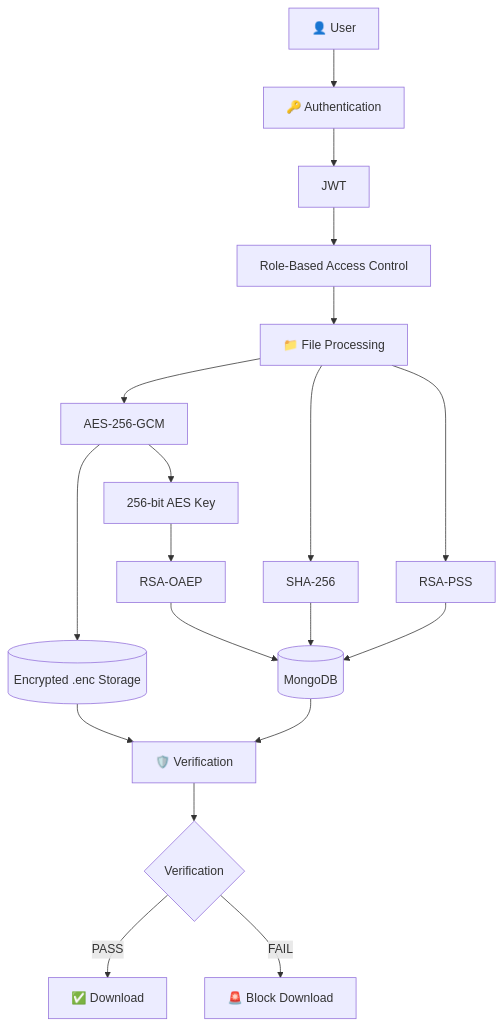
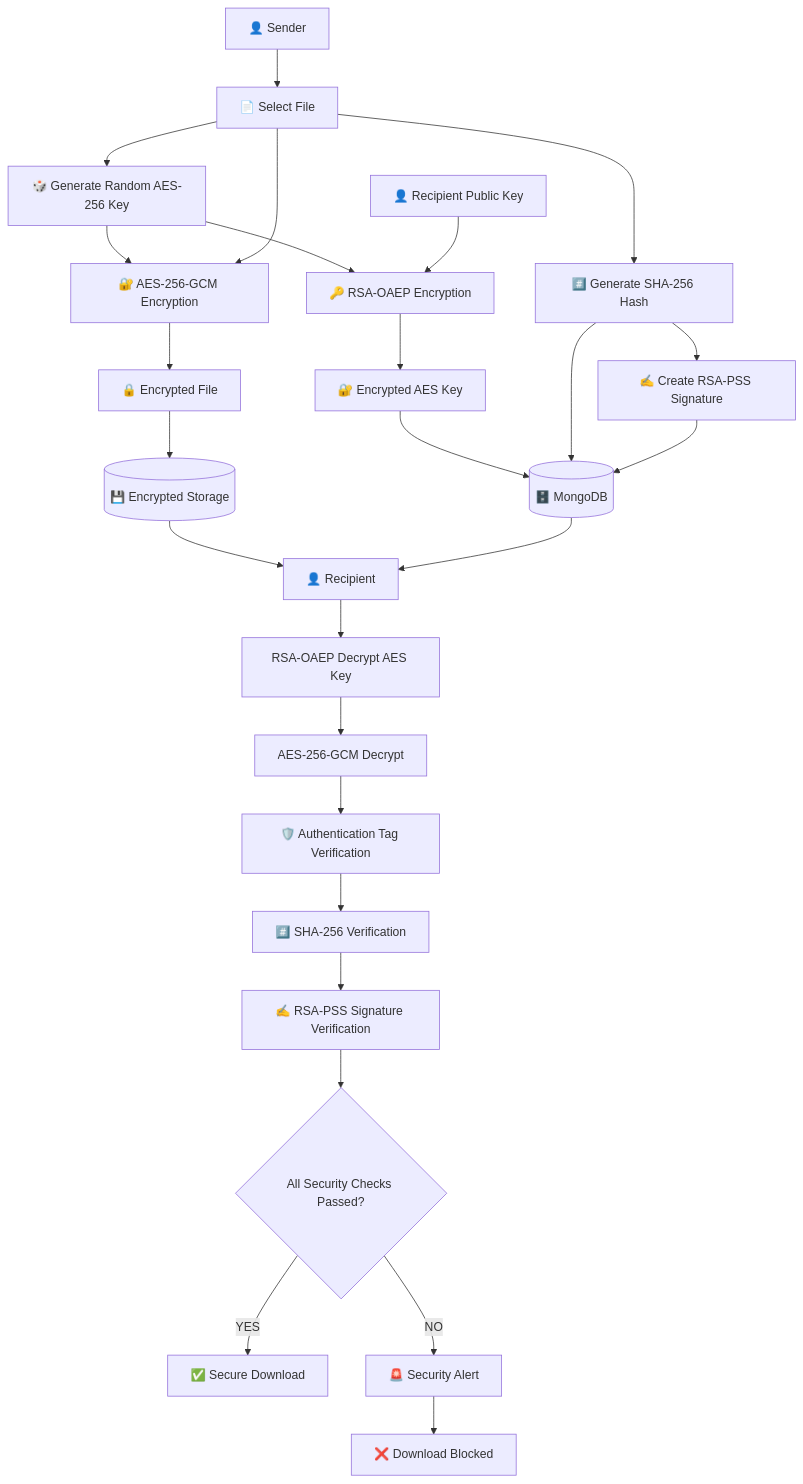
Before and after one commit to laksh76777/crypto: the first of 3 diagrams in README.md, drawn with Mermaid. The commit also changed other lines of this file, not shown here.

`````diff
--- a/README.md
+++ b/README.md
@@ -362,31 +78,40 @@
 ```mermaid
-flowchart TB
+flowchart TD
 
-    USER["👤 User"]
+    A["👤 Sender"] --> B["📄 Select File"]
 
-    USER --> AUTH["🔑 Authentication"]
-    AUTH --> JWT["JWT"]
-    JWT --> RBAC["Role-Based Access Control"]
+    B --> C["#️⃣ Generate SHA-256 Hash"]
+    C --> D["✍️ Create RSA-PSS Signature"]
 
-    RBAC --> FILE["📁 File Processing"]
+    B --> E["🎲 Generate Random AES-256 Key"]
 
-    FILE --> AES["AES-256-GCM"]
-    FILE --> HASH["SHA-256"]
-    FILE --> SIGN["RSA-PSS"]
+    E --> F["🔐 AES-256-GCM Encryption"]
+    B --> F
 
-    AES --> KEY["256-bit AES Key"]
-    KEY --> RSA["RSA-OAEP"]
+    F --> G["🔒 Encrypted File"]
 
-    RSA --> DB[("MongoDB")]
-    AES --> STORAGE[("Encrypted .enc Storage")]
-    HASH --> DB
-    SIGN --> DB
+    E --> H["🔑 RSA-OAEP Encryption"]
+    I["👤 Recipient Public Key"] --> H
 
-    STORAGE --> VERIFY["🛡️ Verification"]
-    DB --> VERIFY
+    H --> J["🔐 Encrypted AES Key"]
 
-    VERIFY --> RESULT{"Verification"}
+    G --> K[("💾 Encrypted Storage")]
+    J --> L[("🗄️ MongoDB")]
+    C --> L
+    D --> L
 
-    RESULT -->|PASS| DOWNLOAD["✅ Download"]
-    RESULT -->|FAIL| BLOCK["🚨 Block Download"]
-```
+    K --> M["👤 Recipient"]
+    L --> M
+
+    M --> N["RSA-OAEP Decrypt AES Key"]
+    N --> O["AES-256-GCM Decrypt"]
+    O --> P["🛡️ Authentication Tag Verification"]
+    P --> Q["#️⃣ SHA-256 Verification"]
+    Q --> R["✍️ RSA-PSS Signature Verification"]
+
+    R --> S{"All Security Checks Passed?"}
+
+    S -->|YES| T["✅ Secure Download"]
+    S -->|NO| U["🚨 Security Alert"]
+    U --> V["❌ Download Blocked"]
+````
`````
